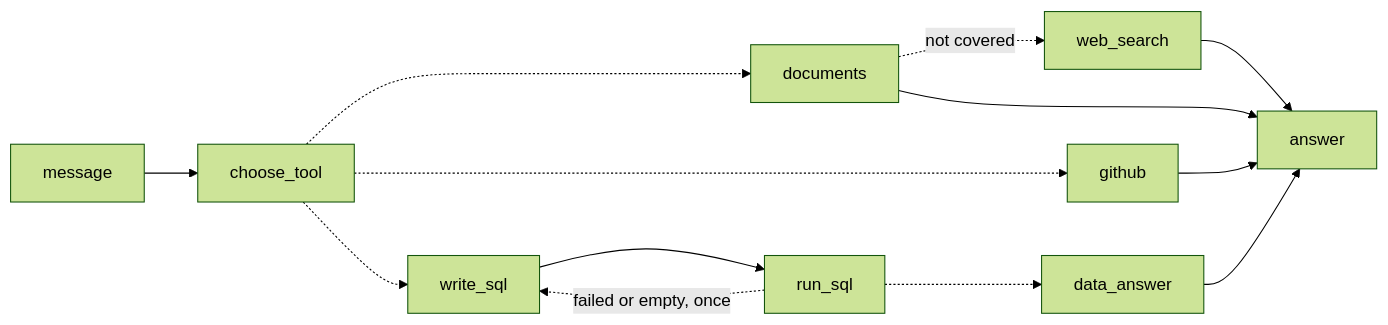
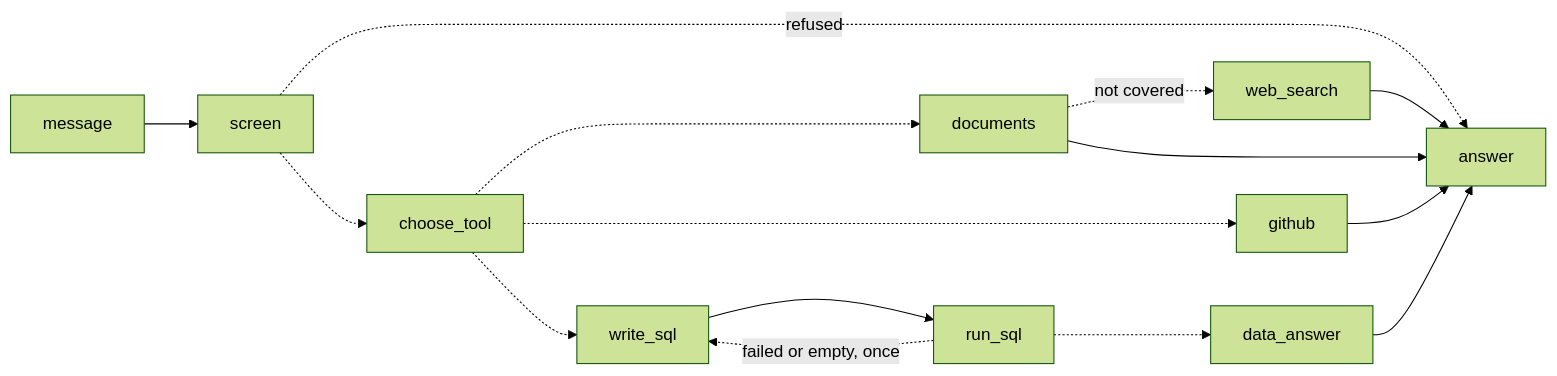
The diagram in README.md (jcsmei/Claude_Demo), drawn with Mermaid (forest theme) before and after one commit. The commit also changed other lines of this file and 18 other files, not shown here.

````diff
--- a/README.md
+++ b/README.md
@@ -40,15 +40,17 @@
 ```mermaid
 flowchart LR
-    message --> choose_tool
+    message --> screen
+    screen -.->|refused| answer
+    screen -.-> choose_tool
     choose_tool -.-> documents
     documents -.->|not covered| web_search
     web_search --> answer
     choose_tool -.-> github
     choose_tool -.-> write_sql
     write_sql --> run_sql
     run_sql -.->|failed or empty, once| write_sql
     run_sql -.-> data_answer
     documents --> answer
     github --> answer
     data_answer --> answer
 ```
````
